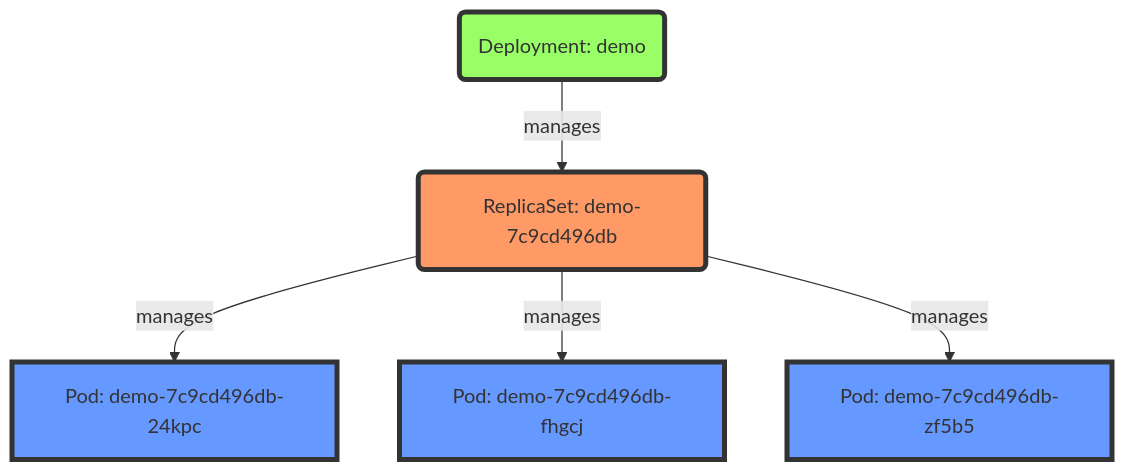
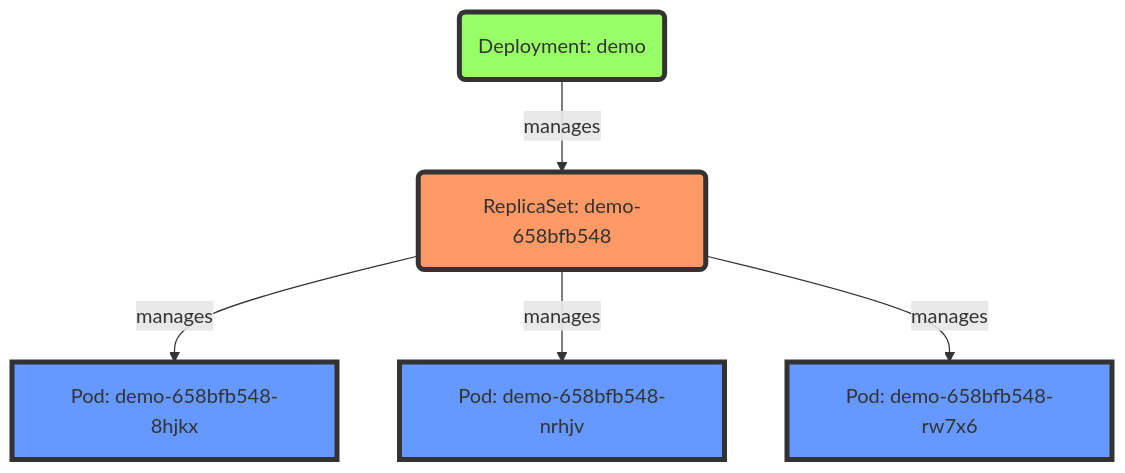
One commit to amcginlay/k8s-primer changed the third of 3 diagrams in content/021_running_at_scale/_index.md. Above: the diagram before and after it, drawn with Mermaid. The commit also changed other lines of this file, not shown here.

```diff
--- a/content/021_running_at_scale/_index.md
+++ b/content/021_running_at_scale/_index.md
@@ -663,22 +253,22 @@
 {{< mermaid >}}
 graph TB
 deployment(Deployment: demo)
-replicaSetA(ReplicaSet: demo-7c9cd496db)
-podA[Pod: demo-7c9cd496db-24kpc]
-podB[Pod: demo-7c9cd496db-fhgcj]
-podC[Pod: demo-7c9cd496db-zf5b5]
+replicaSetA(ReplicaSet: demo-658bfb548)
+podA[Pod: demo-658bfb548-8hjkx]
+podB[Pod: demo-658bfb548-nrhjv]
+podC[Pod: demo-658bfb548-rw7x6]
 
 deployment-->|manages|replicaSetA
 replicaSetA-->|manages|podA
 replicaSetA-->|manages|podB
 replicaSetA-->|manages|podC
 
   classDef green fill:#9f6,stroke:#333,stroke-width:4px;
   classDef orange fill:#f96,stroke:#333,stroke-width:4px;
   classDef blue fill:#69f,stroke:#333,stroke-width:4px;
   classDef yellow fill:#ff3,stroke:#333,stroke-width:2px;
   class deployment green;
   class replicaSetA orange;
   class podA,podB,podC blue;
   %% class containerA,containerB yellow;
 {{< /mermaid >}}
```
